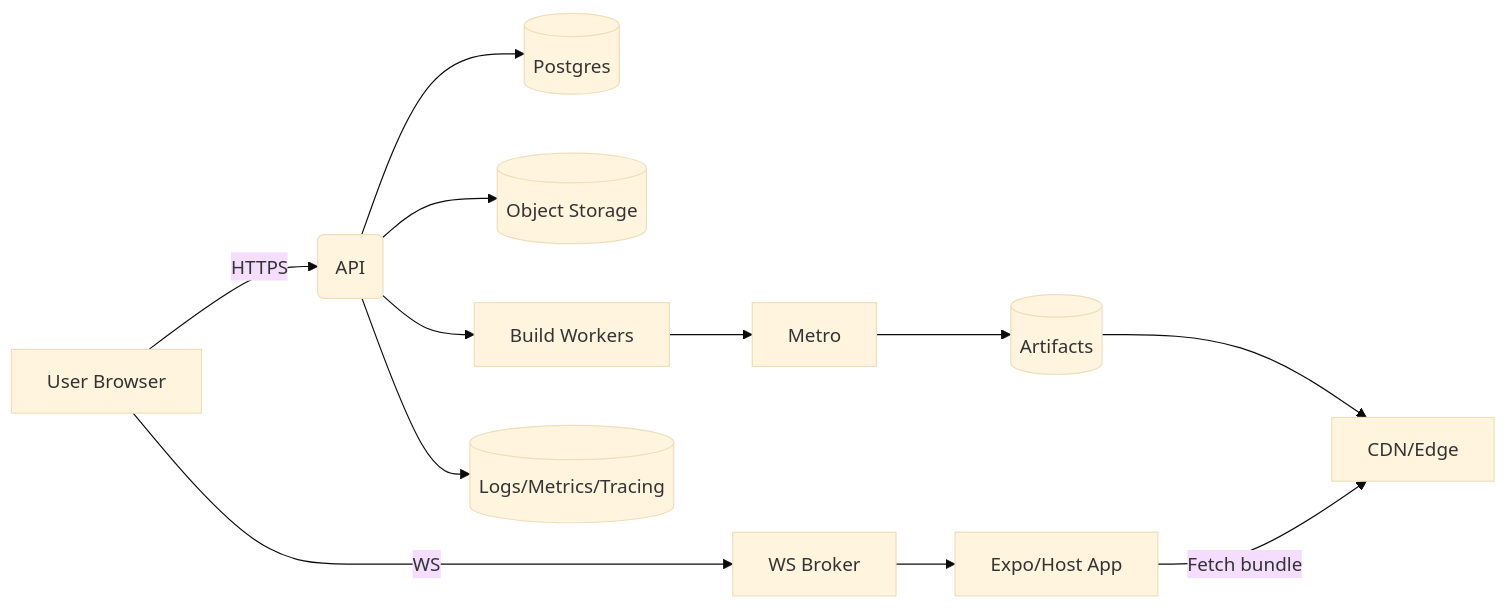
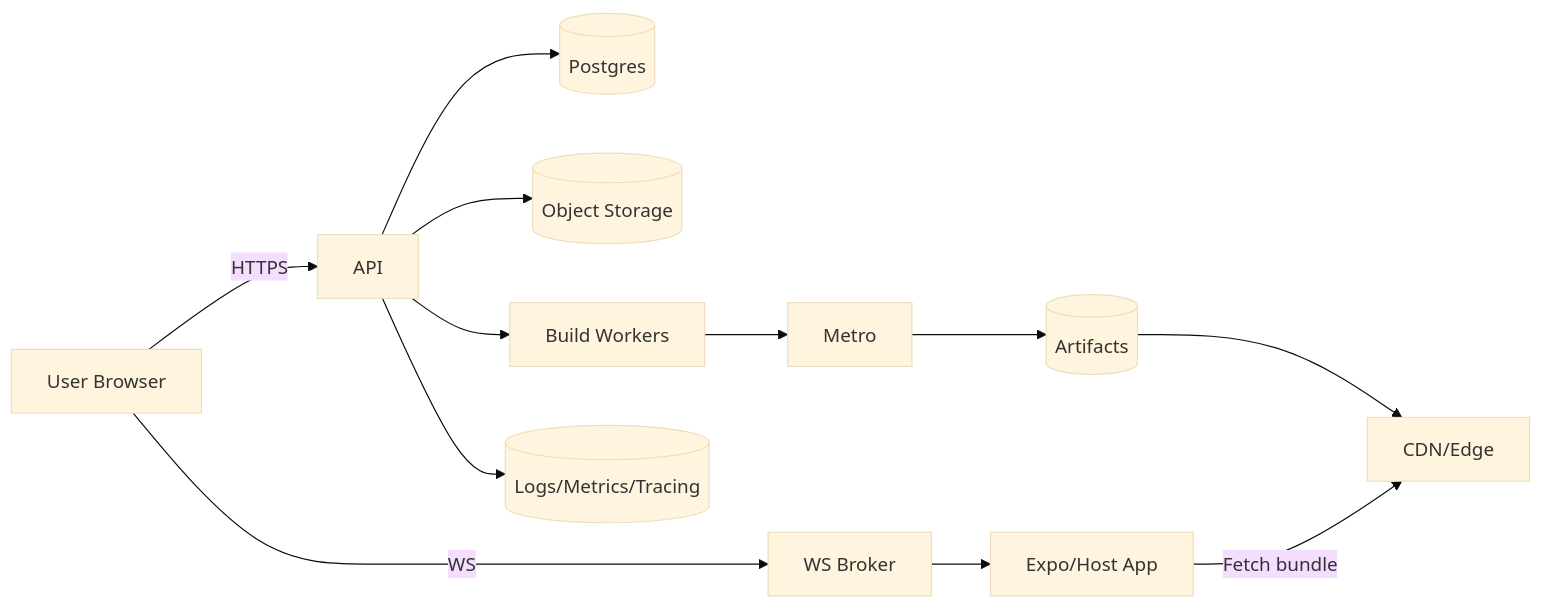
One commit to Mario5T/Native_Playgroung changed the third of 3 diagrams in readme.md. Above: the diagram before and after it, drawn with Mermaid (base theme). The commit also changed other lines of this file, not shown here.

````diff
--- a/readme.md
+++ b/readme.md
@@ -323,14 +98,14 @@
 ```mermaid
 graph LR
-  U[User Browser] -->|HTTPS| BFF(API)
+  U[User Browser] -->|HTTPS| BFF[API]
   BFF --> PR[(Postgres)]
   BFF --> ST[(Object Storage)]
   BFF --> BL[Build Workers]
   BL --> ME[Metro]
   ME --> AR[(Artifacts)]
   AR --> CDN[CDN/Edge]
-  U -->|WS| WS[WS Broker]
+  U -->|WS| WSB[WS Broker]
   DEV[Expo/Host App] -->|Fetch bundle| CDN
-  WS --> DEV
+  WSB --> DEV
   BFF --> OBS[(Logs/Metrics/Tracing)]
 ```
````
